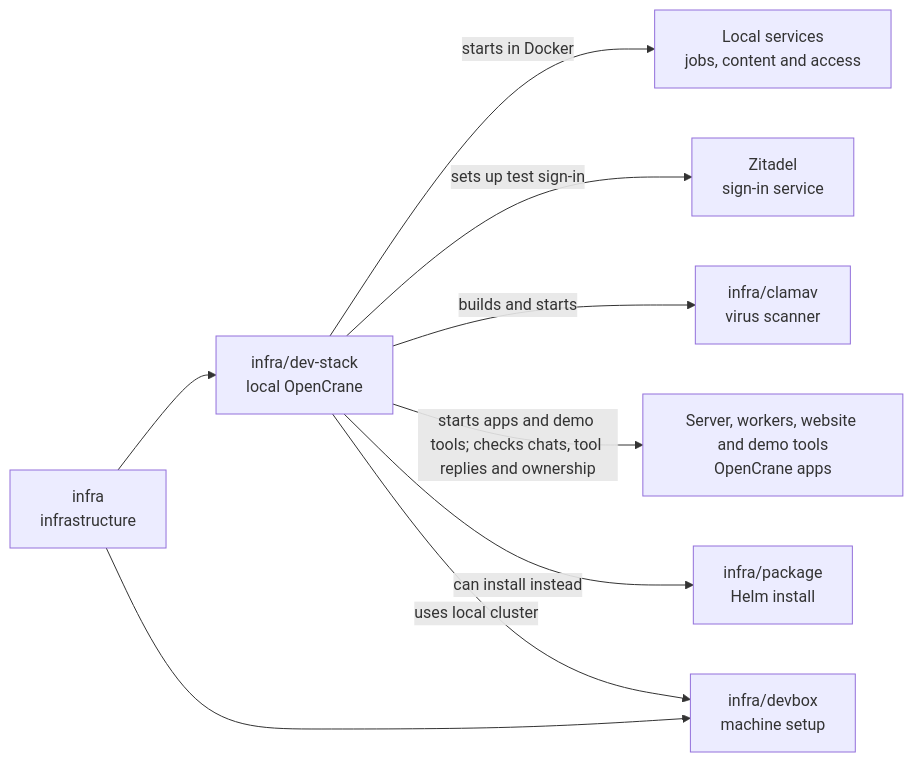
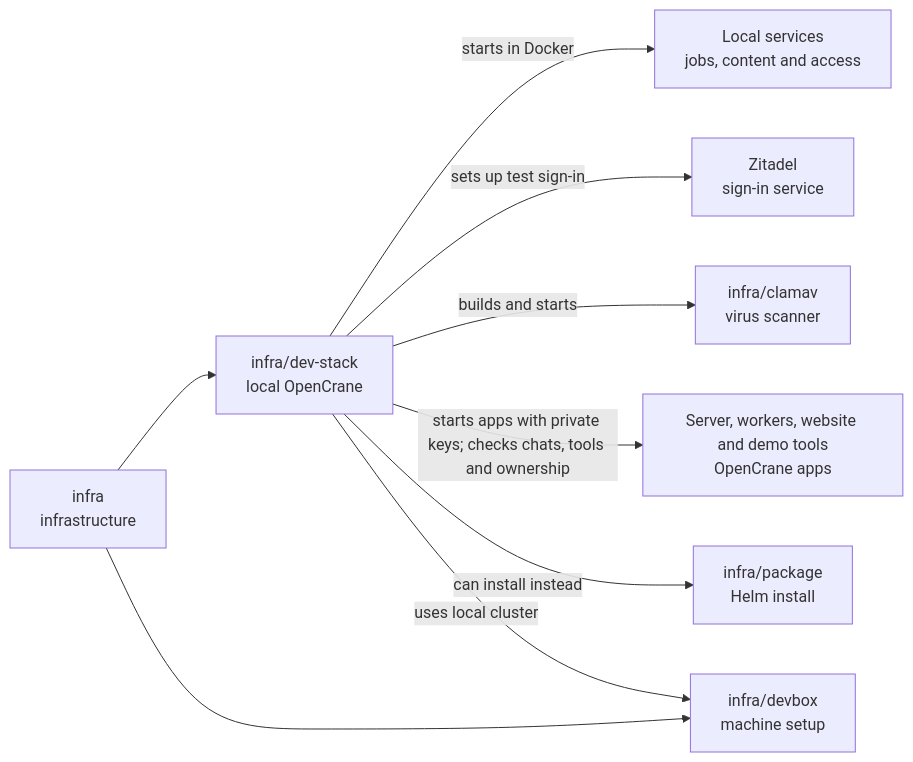
Before and after one commit to elewa-git/opencrane-new: the diagram in infra/dev-stack/README.md, drawn with Mermaid. The commit also changed other lines of this file and 17 other files, not shown here.

````diff
--- a/infra/dev-stack/README.md
+++ b/infra/dev-stack/README.md
@@ -16,11 +16,11 @@
 ```mermaid
 flowchart LR
   infra["infra<br/>infrastructure"] --> stack["infra/dev-stack<br/>local OpenCrane"]
   infra --> devbox["infra/devbox<br/>machine setup"]
   stack -->|starts in Docker| services["Local services<br/>jobs, content and access"]
   stack -->|sets up test sign-in| zitadel["Zitadel<br/>sign-in service"]
   stack -->|builds and starts| clamav["infra/clamav<br/>virus scanner"]
-  stack -->|starts apps and demo tools; checks chats, tool replies and ownership| apps["Server, workers, website and demo tools<br/>OpenCrane apps"]
+  stack -->|starts apps with private keys; checks chats, tools and ownership| apps["Server, workers, website and demo tools<br/>OpenCrane apps"]
   stack -->|can install instead| package["infra/package<br/>Helm install"]
   stack -->|uses local cluster| devbox
 ```
````
